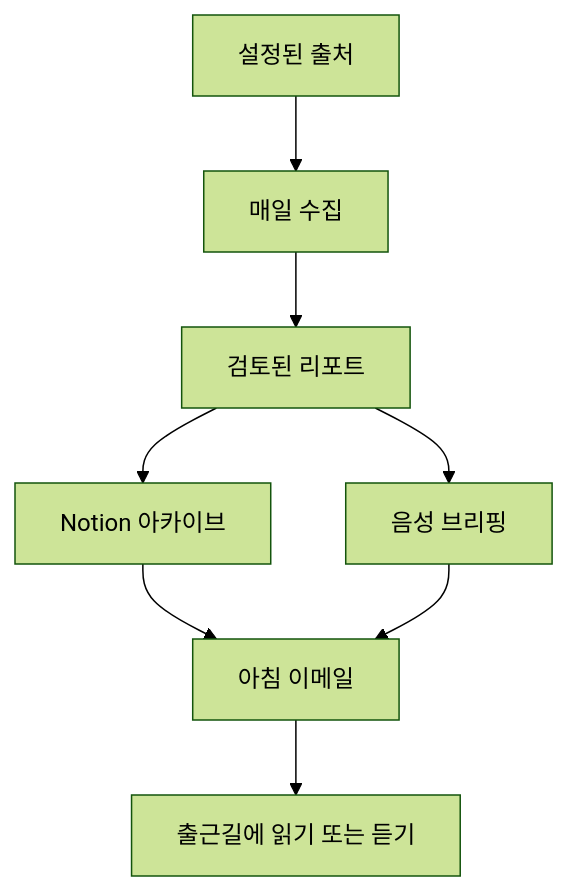
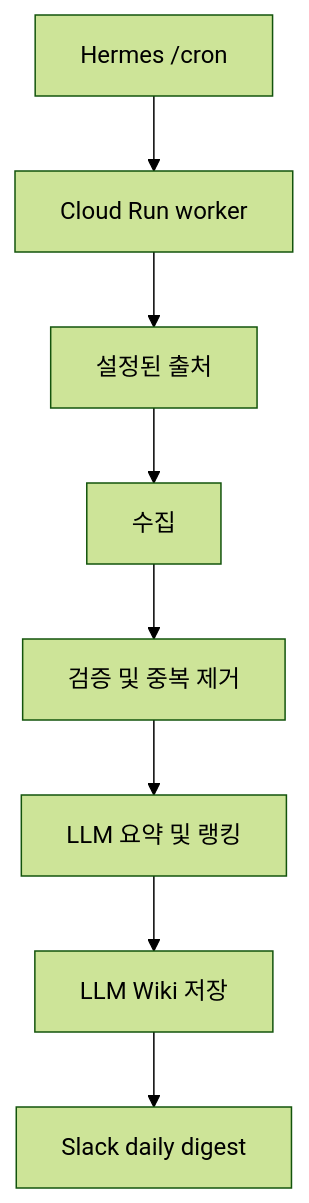
The first of 2 diagrams in README.md (SujinHuh/ai-trend-agent), drawn with Mermaid (forest theme) before and after one commit. The commit also changed other lines of this file and 1 other file, not shown here.

````diff
--- a/README.md
+++ b/README.md
@@ -38,10 +39,10 @@
 ```mermaid
 flowchart TD
-  A[설정된 출처] --> B[매일 수집]
-  B --> C[검토된 리포트]
-  C --> D[Notion 아카이브]
-  C --> E[음성 브리핑]
-  D --> F[아침 이메일]
-  E --> F
-  F --> G[출근길에 읽기 또는 듣기]
+  A[Hermes /cron] --> B[Cloud Run worker]
+  B --> C[설정된 출처]
+  C --> D[수집]
+  D --> E[검증 및 중복 제거]
+  E --> F[LLM 요약 및 랭킹]
+  F --> G[LLM Wiki 저장]
+  G --> H[Slack daily digest]
 ```
````
